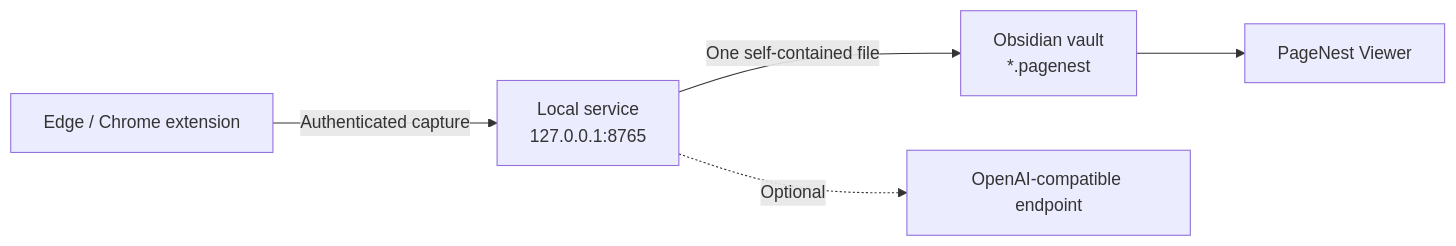
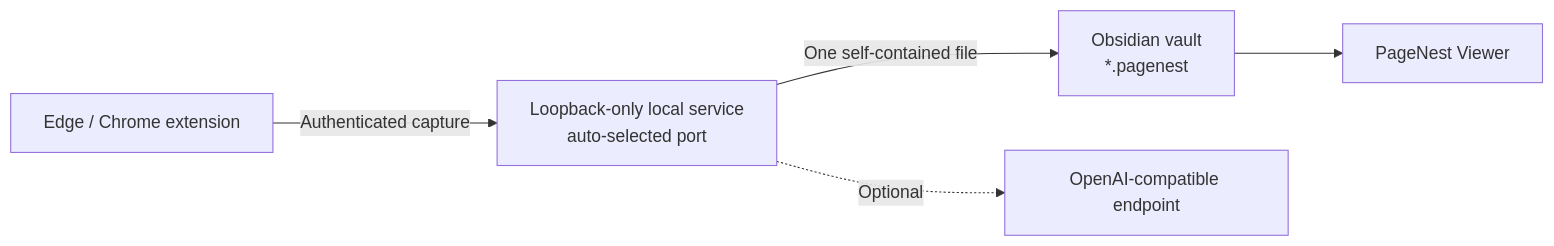
One commit to WYuHuai/PageNest changed the diagram in README.md. Above: the diagram before and after it, drawn with Mermaid. The commit also changed other lines of this file and 6 other files, not shown here.

Commit message:
docs: explain automatic local port selection

````diff
--- a/README.md
+++ b/README.md
@@ -39,7 +39,7 @@
 ```mermaid
 flowchart LR
-    E["Edge / Chrome extension"] -->|"Authenticated capture"| S["Local service<br/>127.0.0.1:8765"]
+    E["Edge / Chrome extension"] -->|"Authenticated capture"| S["Loopback-only local service<br/>auto-selected port"]
     S -->|"One self-contained file"| V["Obsidian vault<br/>*.pagenest"]
     V --> P["PageNest Viewer"]
     S -. "Optional" .-> A["OpenAI-compatible endpoint"]
 ```
````
